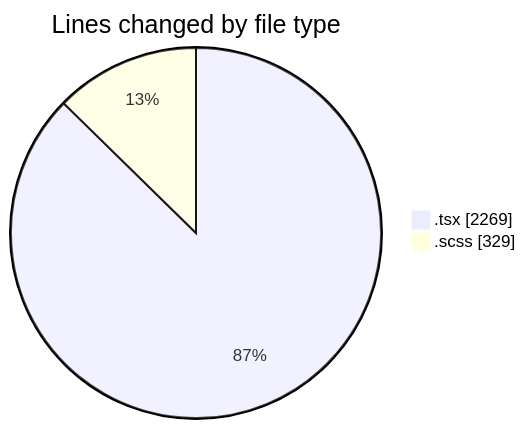
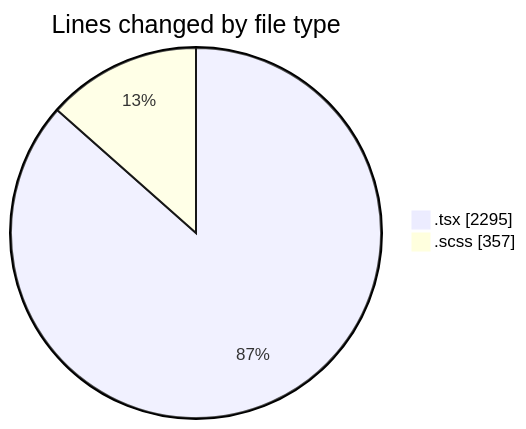
Before and after one commit to momahboobian/code-tracking: the first of 2 diagrams in 2025-09-30/cda/README.md, drawn with Mermaid. The commit also changed other lines of this file and 1 other file, not shown here.

````diff
--- a/2025-09-30/cda/README.md
+++ b/2025-09-30/cda/README.md
@@ -23,6 +23,6 @@
 ```mermaid
 pie showData
 title Lines changed by file type
-".tsx" : 2269
-".scss" : 329
+".tsx" : 2295
+".scss" : 357
 ```
````
